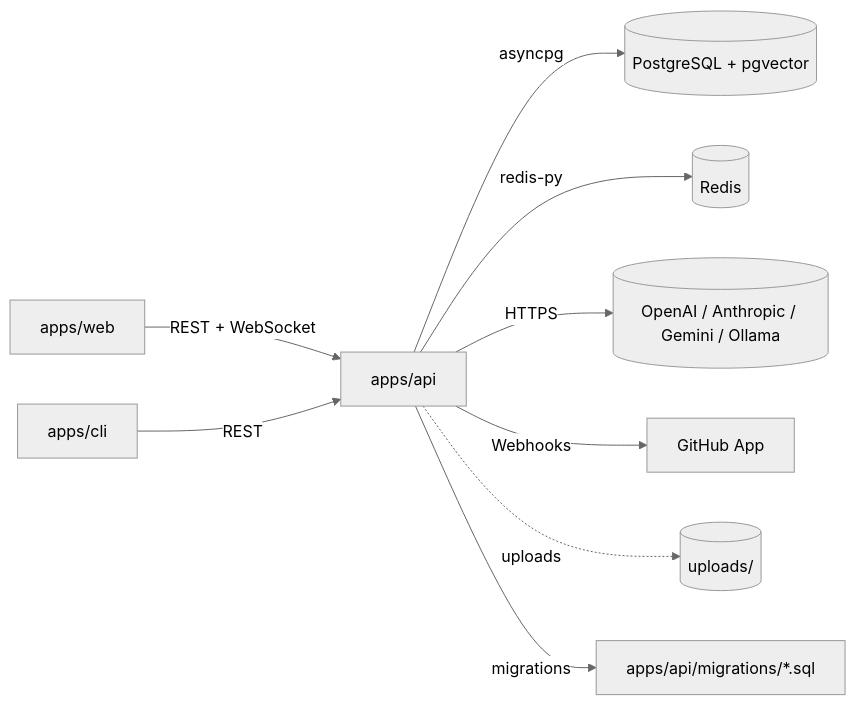
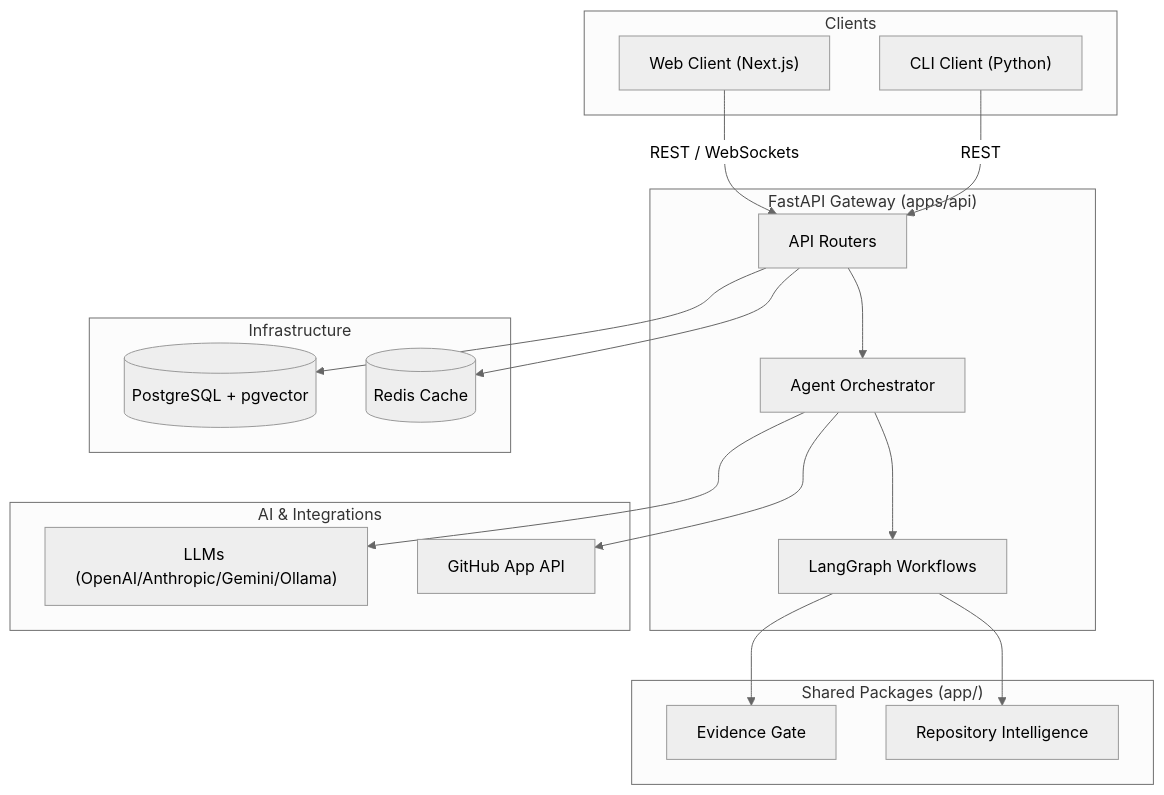
One commit to garvit-mishra-beep/AgentForge changed the diagram in REPOSITORY_MAP.md. Above: the diagram before and after it, drawn with Mermaid (neutral theme). The commit also changed other lines of this file and 85 other files, not shown here.

````diff
--- a/REPOSITORY_MAP.md
+++ b/REPOSITORY_MAP.md
@@ -146,11 +76,39 @@
 ```mermaid
-graph LR
-  Web[apps/web] -- REST + WebSocket --> API[apps/api]
-  CLI[apps/cli] -- REST --> API
-  API -- asyncpg --> DB[(PostgreSQL + pgvector)]
-  API -- redis-py --> Redis[(Redis)]
-  API -- HTTPS --> LLM[(OpenAI / Anthropic / Gemini / Ollama)]
-  API -- Webhooks --> GitHub[GitHub App]
-  API -. uploads .-> Uploads[(uploads/)]
-  API -- migrations --> Migrations[apps/api/migrations/*.sql]
+graph TD
+  subgraph Clients
+    Web["Web Client (Next.js)"]
+    CLI["CLI Client (Python)"]
+  end
+
+  subgraph API Backend ["FastAPI Gateway (apps/api)"]
+    Router["API Routers"]
+    Orchestrator["Agent Orchestrator"]
+    Graph["LangGraph Workflows"]
+  end
+
+  subgraph Shared Core ["Shared Packages (app/)"]
+    Gate["Evidence Gate"]
+    Intel["Repository Intelligence"]
+  end
+
+  subgraph Infrastructure
+    DB[(PostgreSQL + pgvector)]
+    Redis[(Redis Cache)]
+  end
+
+  subgraph Providers ["AI & Integrations"]
+    LLM["LLMs (OpenAI/Anthropic/Gemini/Ollama)"]
+    GitHub["GitHub App API"]
+  end
+
+  Web -- "REST / WebSockets" --> Router
+  CLI -- "REST" --> Router
+  Router --> Orchestrator
+  Orchestrator --> Graph
+  Graph --> Gate
+  Graph --> Intel
+  Router --> DB
+  Router --> Redis
+  Orchestrator --> LLM
+  Orchestrator --> GitHub
 ```
````
